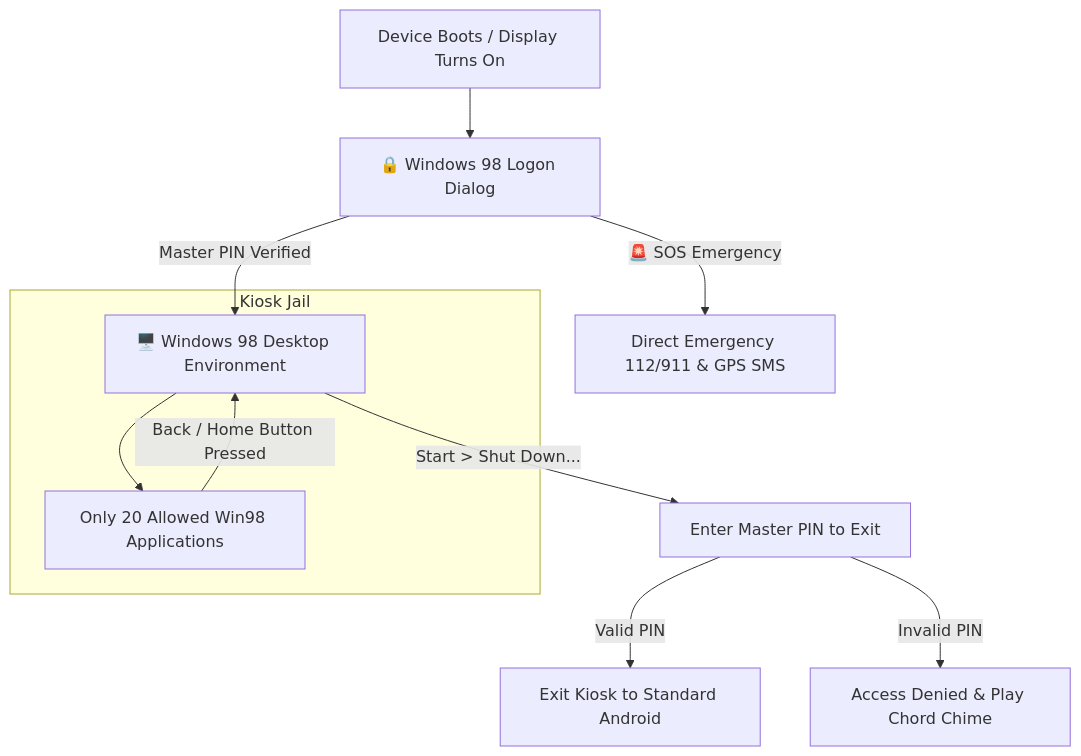
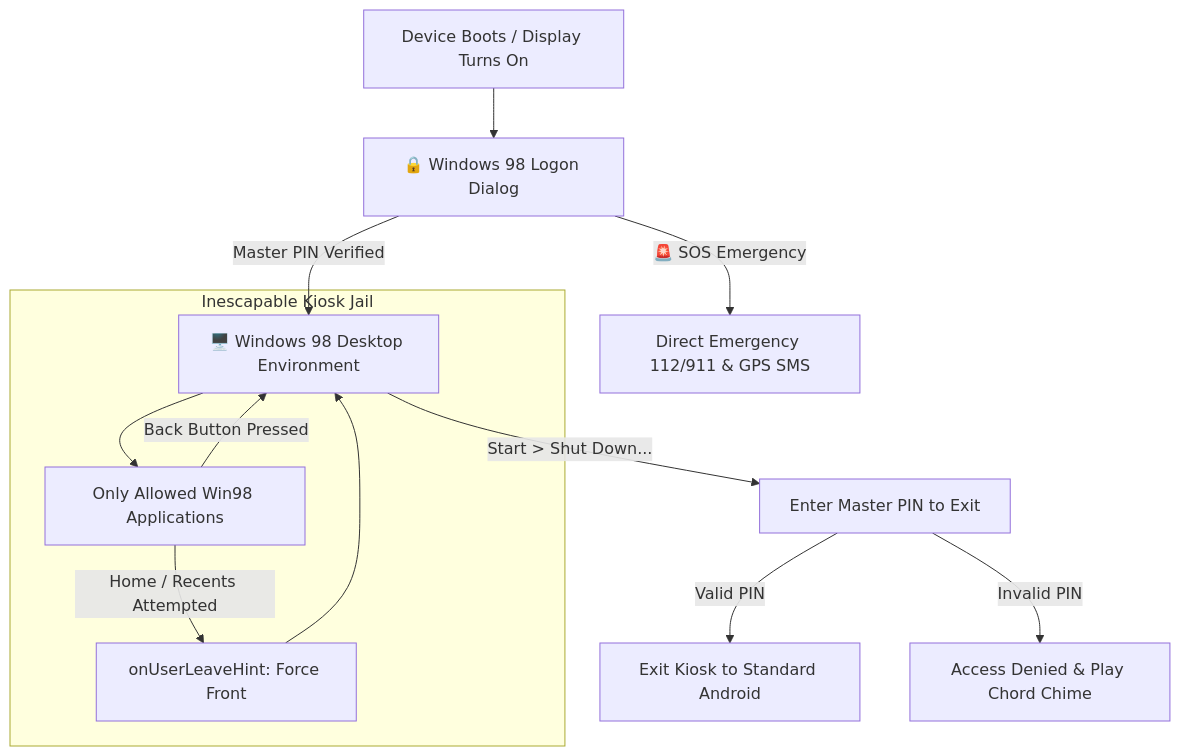
The diagram in README.md (cerogamedev/IdiotPhone), drawn with Mermaid before and after one commit. The commit also changed other lines of this file and 22 other files, not shown here.

Commit message:
v1.2.0: Fix desktop touch interaction, mobile vertical layout, true kiosk launcher mode, and add 5 new retro utilities (25 total)

````diff
--- a/README.md
+++ b/README.md
@@ -81,15 +110,17 @@
 ```mermaid
 flowchart TD
     PowerOn[Device Boots / Display Turns On] --> LockScreen[🔒 Windows 98 Logon Dialog]
     LockScreen -- Master PIN Verified --> Desktop[🖥️ Windows 98 Desktop Environment]
     LockScreen -- "🚨 SOS Emergency" --> SOS[Direct Emergency 112/911 & GPS SMS]
     
-    subgraph Kiosk Jail
-        Desktop --> Apps[Only 20 Allowed Win98 Applications]
-        Apps -- Back / Home Button Pressed --> Desktop
+    subgraph Inescapable Kiosk Jail
+        Desktop --> Apps[Only Allowed Win98 Applications]
+        Apps -- Back Button Pressed --> Desktop
+        Apps -- Home / Recents Attempted --> AutoRecapture[onUserLeaveHint: Force Front]
+        AutoRecapture --> Desktop
     end
     
     Desktop -- Start > Shut Down... --> ShutdownPrompt[Enter Master PIN to Exit]
     ShutdownPrompt -- Valid PIN --> ExitAndroid[Exit Kiosk to Standard Android]
     ShutdownPrompt -- Invalid PIN --> AccessDenied[Access Denied & Play Chord Chime]
 ```
````
